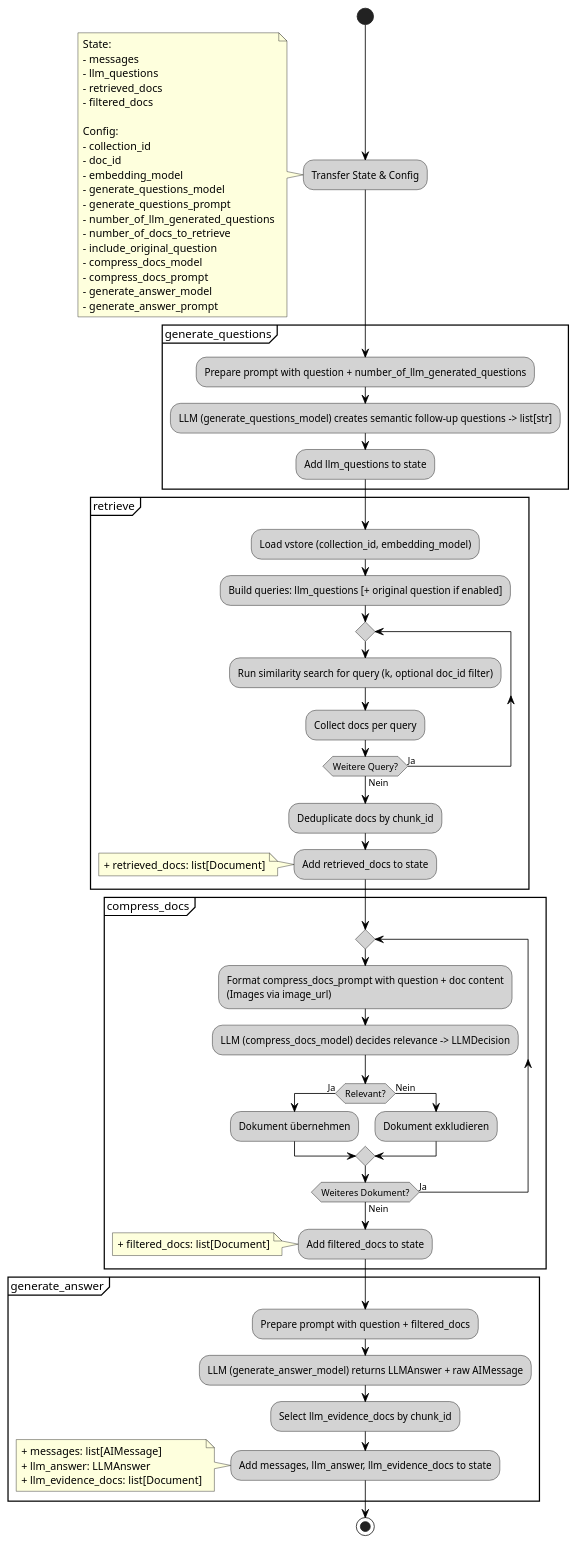
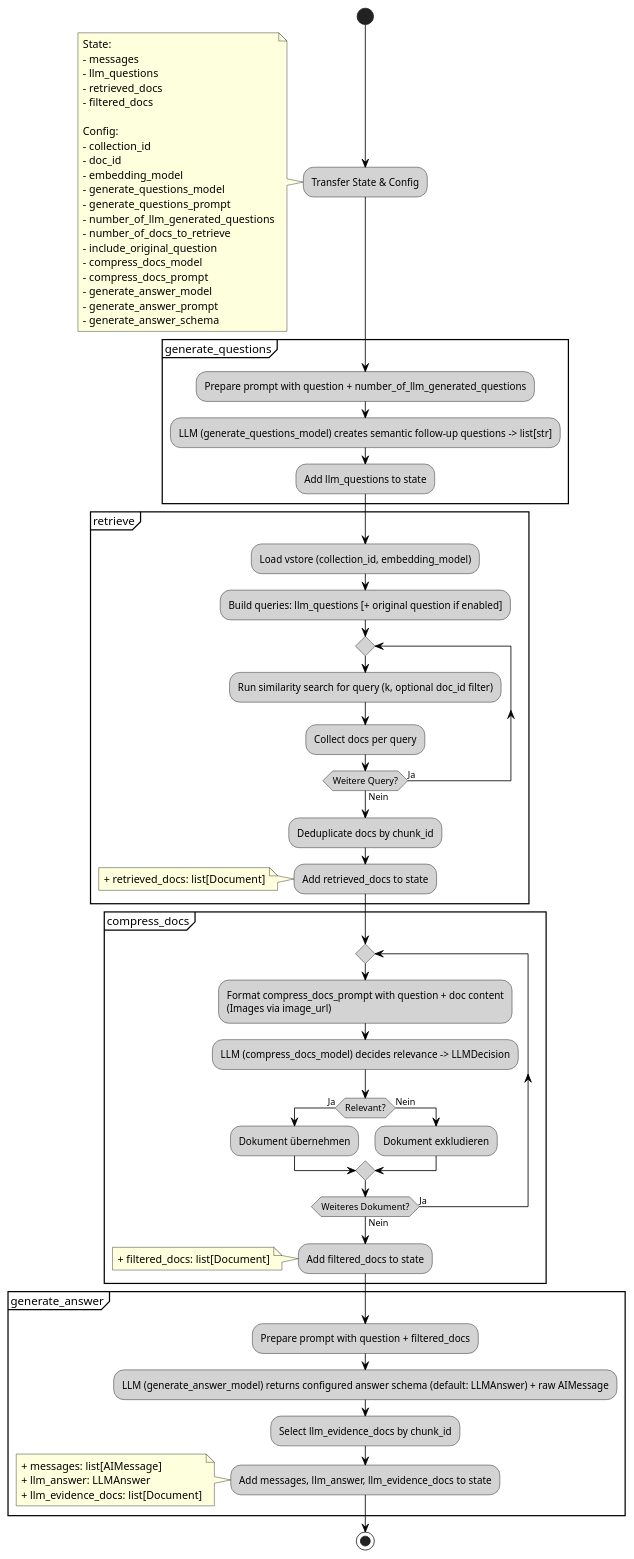
The diagram in docs/retriever_uml.puml (LJackson412/rag-core), drawn with PlantUML before and after one commit. The commit also changed 3 other files, not shown here.

Commit message:
Add configurable answer schema for retrieval

```diff
--- a/docs/retriever_uml.puml
+++ b/docs/retriever_uml.puml
@@ -1,102 +1,103 @@
 @startuml
 skinparam backgroundColor #FFFFFF  
 skinparam shadowing false
 skinparam arrowColor black
 skinparam activityBackgroundColor lightgrey
 skinparam activityBorderColor black
 
 start
 
 :Transfer State & Config;
     note left
         State:
         - messages
         - llm_questions
         - retrieved_docs
         - filtered_docs
 
         Config:
         - collection_id
         - doc_id
         - embedding_model
         - generate_questions_model
         - generate_questions_prompt
         - number_of_llm_generated_questions
         - number_of_docs_to_retrieve
         - include_original_question
         - compress_docs_model
         - compress_docs_prompt
         - generate_answer_model
         - generate_answer_prompt
+        - generate_answer_schema
     end note
 
 
 partition "generate_questions" {
 
 :Prepare prompt with question + number_of_llm_generated_questions;
 :LLM (generate_questions_model) creates semantic follow-up questions -> list[str];
 :Add llm_questions to state;
 
 }
 
 
 partition "retrieve" {
 
 :Load vstore (collection_id, embedding_model);
 :Build queries: llm_questions [+ original question if enabled];
 repeat
 
     :Run similarity search for query (k, optional doc_id filter);
     :Collect docs per query;
 
 repeat while (Weitere Query?) is (Ja) not (Nein)
 
 :Deduplicate docs by chunk_id;
 :Add retrieved_docs to state;
     note left
         + retrieved_docs: list[Document]
     end note
 
 }
 
 
 partition "compress_docs" {
 
 repeat
 
     :Format compress_docs_prompt with question + doc content
     (Images via image_url);
     :LLM (compress_docs_model) decides relevance -> LLMDecision;
     if (Relevant?) then (Ja)
         :Dokument übernehmen;
     else (Nein)
         :Dokument exkludieren;
     endif
 
 repeat while (Weiteres Dokument?) is (Ja) not (Nein)
 
 :Add filtered_docs to state;
     note left
         + filtered_docs: list[Document]
     end note
 
 }
 
 
 partition "generate_answer" {
 
 :Prepare prompt with question + filtered_docs;
-:LLM (generate_answer_model) returns LLMAnswer + raw AIMessage;
+:LLM (generate_answer_model) returns configured answer schema (default: LLMAnswer) + raw AIMessage;
 :Select llm_evidence_docs by chunk_id;
 :Add messages, llm_answer, llm_evidence_docs to state;
     note left
         + messages: list[AIMessage]
         + llm_answer: LLMAnswer
         + llm_evidence_docs: list[Document]
     end note
 
 }
 
 
 stop
 @enduml
```
